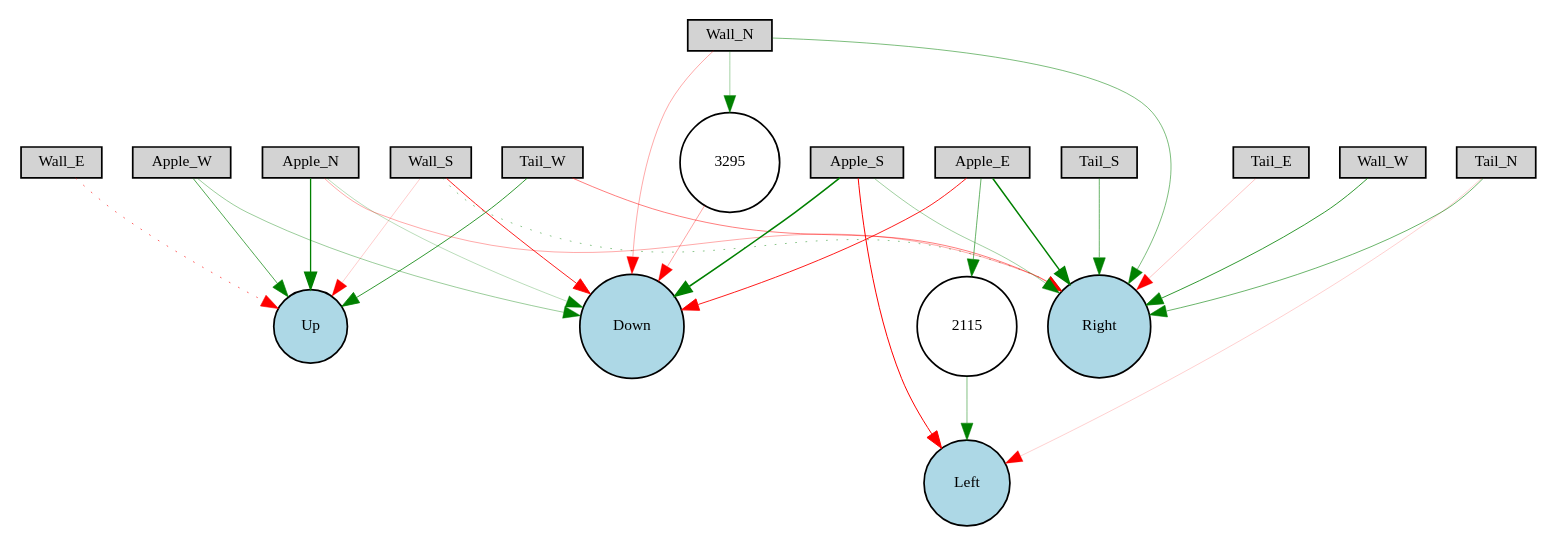
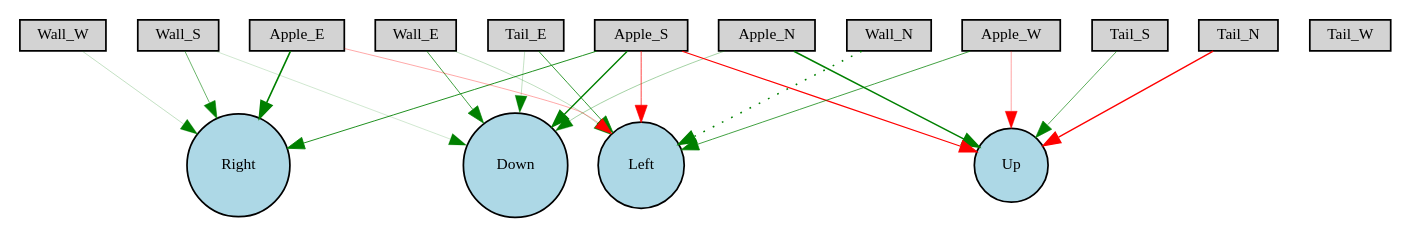
The diagram in results/network.gv (d-mihaila/NC-Project), drawn with Graphviz before and after one commit. The commit also changed 10 other files, not shown here.

```diff
--- a/results/network.gv
+++ b/results/network.gv
@@ -1,48 +1,39 @@
 digraph {
 	node [fontsize=9 height=0.2 shape=circle width=0.2]
 	Wall_N [fillcolor=lightgray shape=box style=filled]
 	Wall_S [fillcolor=lightgray shape=box style=filled]
 	Wall_E [fillcolor=lightgray shape=box style=filled]
 	Wall_W [fillcolor=lightgray shape=box style=filled]
 	Tail_N [fillcolor=lightgray shape=box style=filled]
 	Tail_S [fillcolor=lightgray shape=box style=filled]
 	Tail_E [fillcolor=lightgray shape=box style=filled]
 	Tail_W [fillcolor=lightgray shape=box style=filled]
 	Apple_N [fillcolor=lightgray shape=box style=filled]
 	Apple_S [fillcolor=lightgray shape=box style=filled]
 	Apple_E [fillcolor=lightgray shape=box style=filled]
 	Apple_W [fillcolor=lightgray shape=box style=filled]
 	Up [fillcolor=lightblue style=filled]
 	Left [fillcolor=lightblue style=filled]
 	Down [fillcolor=lightblue style=filled]
 	Right [fillcolor=lightblue style=filled]
-	2115 [fillcolor=white style=filled]
-	3295 [fillcolor=white style=filled]
-	Tail_E -> Right [color=red penwidth=0.1398523896250639 style=solid]
-	Apple_N -> Up [color=green penwidth=0.7629169037018865 style=solid]
-	Wall_N -> Right [color=green penwidth=0.299225075232768 style=solid]
-	Apple_S -> Down [color=green penwidth=0.9097379431384736 style=solid]
-	Tail_N -> Right [color=green penwidth=0.3416420482038179 style=solid]
-	Wall_S -> Up [color=red penwidth=0.1197605667882962 style=solid]
-	Wall_N -> Down [color=red penwidth=0.2041387729321002 style=solid]
-	Apple_S -> Left [color=red penwidth=0.579185715821054 style=solid]
-	Apple_E -> Down [color=red penwidth=0.5224586940748314 style=solid]
-	Tail_W -> Right [color=red penwidth=0.2987544414569928 style=solid]
-	Wall_E -> Up [color=red penwidth=0.3631938700990104 style=dotted]
-	Apple_S -> Right [color=green penwidth=0.2236800145601359 style=solid]
-	Tail_W -> Up [color=green penwidth=0.47173941819106335 style=solid]
-	Apple_W -> Up [color=green penwidth=0.3955855468225681 style=solid]
-	Apple_N -> Right [color=red penwidth=0.19739166096734212 style=solid]
-	Apple_E -> Right [color=green penwidth=0.8663162910448774 style=solid]
-	Apple_N -> Down [color=green penwidth=0.16078070689611504 style=solid]
-	Apple_W -> Down [color=green penwidth=0.23080367036764796 style=solid]
-	Tail_N -> Left [color=red penwidth=0.1144162688075272 style=solid]
-	Wall_W -> Right [color=green penwidth=0.47496196367509314 style=solid]
-	Apple_E -> 2115 [color=green penwidth=0.3535478420519419 style=solid]
-	2115 -> Left [color=green penwidth=0.28889086566771294 style=solid]
-	Wall_S -> Right [color=green penwidth=0.27421671224075794 style=dotted]
-	Wall_S -> Down [color=red penwidth=0.5140854742457095 style=solid]
-	Wall_N -> 3295 [color=green penwidth=0.20828299553904228 style=solid]
-	3295 -> Down [color=red penwidth=0.2102823810047481 style=solid]
-	Tail_S -> Right [color=green penwidth=0.3530844860081639 style=solid]
+	Apple_W -> Left [color=green penwidth=0.434453937647827 style=solid]
+	Apple_N -> Down [color=green penwidth=0.2134600545248626 style=solid]
+	Wall_W -> Right [color=green penwidth=0.13903601447825725 style=solid]
+	Tail_S -> Up [color=green penwidth=0.36527783568986627 style=solid]
+	Apple_E -> Left [color=red penwidth=0.19811464533424822 style=solid]
+	Apple_S -> Right [color=green penwidth=0.5054238700069157 style=solid]
+	Wall_N -> Left [color=green penwidth=0.9084793492630264 style=dotted]
+	Wall_E -> Down [color=green penwidth=0.43257292076912646 style=solid]
+	Tail_N -> Up [color=red penwidth=0.7756499866010166 style=solid]
+	Wall_S -> Right [color=green penwidth=0.34446650772283 style=solid]
+	Apple_S -> Up [color=red penwidth=0.6503675751476639 style=solid]
+	Tail_E -> Down [color=green penwidth=0.14234797324817816 style=solid]
+	Apple_S -> Left [color=red penwidth=0.42031398972987677 style=solid]
+	Apple_E -> Right [color=green penwidth=0.9308181440340542 style=solid]
+	Wall_E -> Left [color=green penwidth=0.1533693665555394 style=solid]
+	Apple_N -> Up [color=green penwidth=0.9243637562689343 style=solid]
+	Wall_S -> Down [color=green penwidth=0.11484714500637705 style=solid]
+	Apple_W -> Up [color=red penwidth=0.20568464608634224 style=solid]
+	Tail_E -> Left [color=green penwidth=0.46349421199989094 style=solid]
+	Apple_S -> Down [color=green penwidth=0.8055920728774548 style=solid]
 }
```
